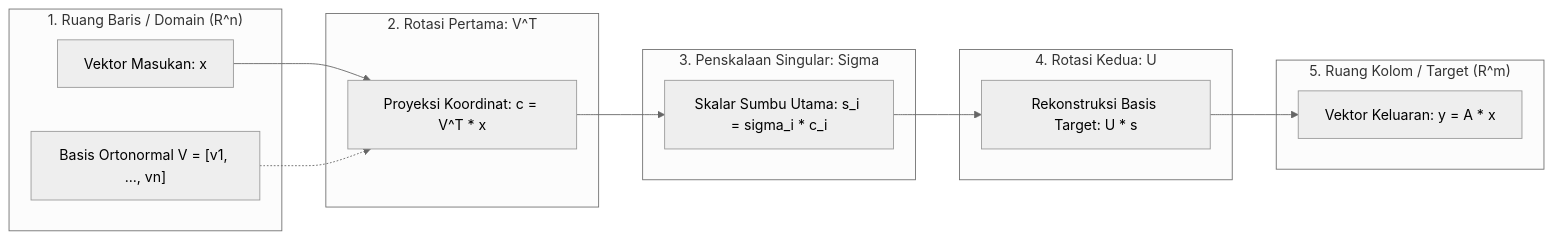
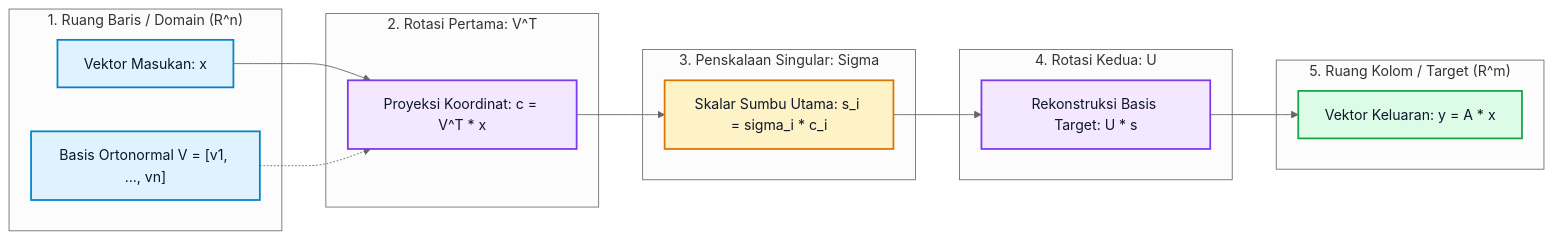
Before and after one commit to Rizki2204/ultimate-learning-paths: the diagram in curriculum/01-fondasi-matematika/011-aljabar-linier-teori-matriks.md, drawn with Mermaid (neutral theme). The commit also changed other lines of this file and 13 other files, not shown here.

First line of the commit message:
fix(pilot-011): standardize GitHub Markdown math rendering and mermaid contrast

````diff
--- a/curriculum/01-fondasi-matematika/011-aljabar-linier-teori-matriks.md
+++ b/curriculum/01-fondasi-matematika/011-aljabar-linier-teori-matriks.md
@@ -233,29 +328,39 @@
 ```mermaid
 flowchart LR
     subgraph InputSpace ["1. Ruang Baris / Domain (R^n)"]
         x["Vektor Masukan: x"]
         Vbasis["Basis Ortonormal V = [v1, ..., vn]"]
     end
 
     subgraph Rotation1 ["2. Rotasi Pertama: V^T"]
         VT["Proyeksi Koordinat: c = V^T * x"]
     end
 
     subgraph Stretching ["3. Penskalaan Singular: Sigma"]
         Sigma["Skalar Sumbu Utama: s_i = sigma_i * c_i"]
     end
 
     subgraph Rotation2 ["4. Rotasi Kedua: U"]
         U["Rekonstruksi Basis Target: U * s"]
     end
 
     subgraph OutputSpace ["5. Ruang Kolom / Target (R^m)"]
         y["Vektor Keluaran: y = A * x"]
     end
 
     x --> VT
     Vbasis -.-> VT
     VT --> Sigma
     Sigma --> U
     U --> y
+
+    classDef domainNode fill:#e0f2fe,stroke:#0284c7,stroke-width:2px,color:#0f172a;
+    classDef opNode fill:#f3e8ff,stroke:#7c3aed,stroke-width:2px,color:#0f172a;
+    classDef scaleNode fill:#fef3c7,stroke:#d97706,stroke-width:2px,color:#0f172a;
+    classDef targetNode fill:#dcfce7,stroke:#16a34a,stroke-width:2px,color:#0f172a;
+
+    class x,Vbasis domainNode;
+    class VT,U opNode;
+    class Sigma scaleNode;
+    class y targetNode;
 ```
````
